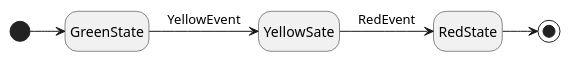
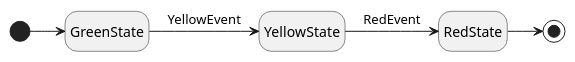
The diagram in doc/diagrams/finishing-traffic-light.plantuml (KStateMachine/kstatemachine), drawn with PlantUML before and after one commit. The commit also changed 3 other files, not shown here.

```diff
--- a/doc/diagrams/finishing-traffic-light.plantuml
+++ b/doc/diagrams/finishing-traffic-light.plantuml
@@ -1,7 +1,7 @@
 @startuml
 hide empty description
 [*] -> GreenState
-GreenState -> YellowSate : YellowEvent
-YellowSate -> RedState : RedEvent
+GreenState -> YellowState : YellowEvent
+YellowState -> RedState : RedEvent
 RedState -> [*]
 @enduml 
```
